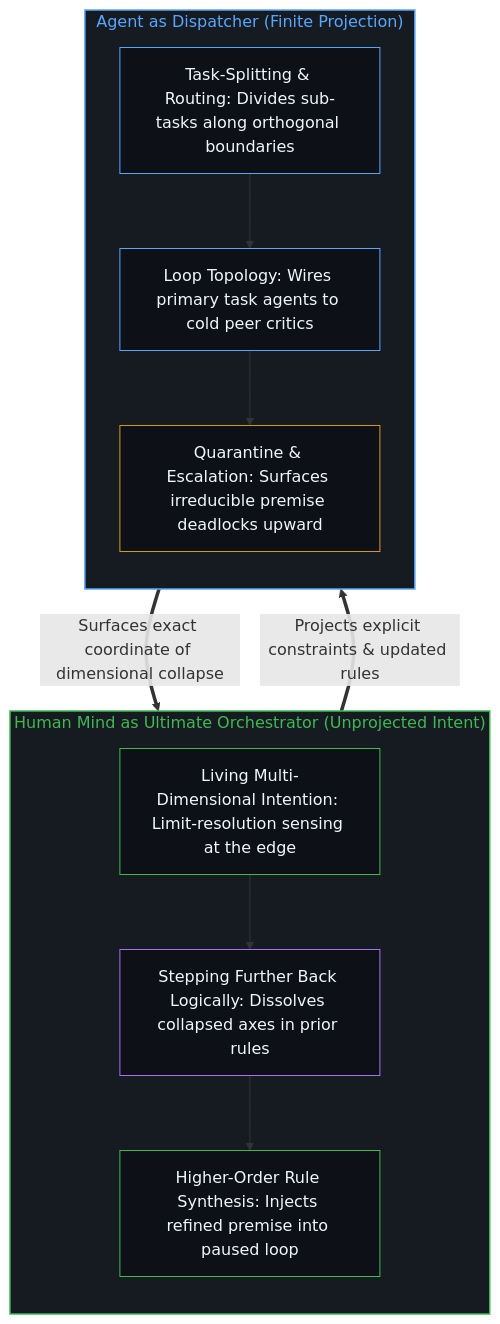
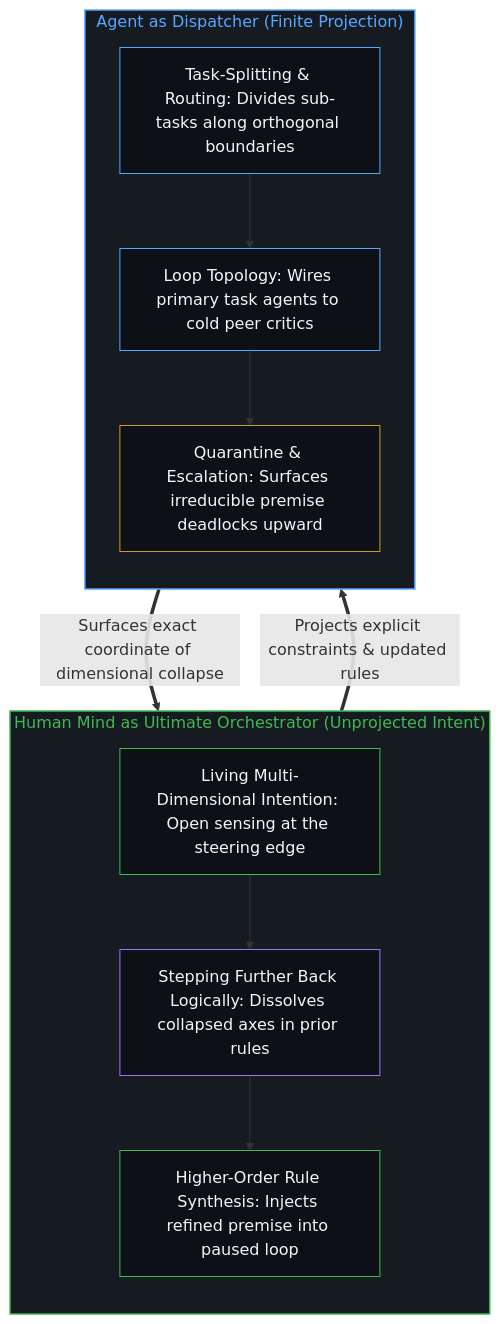
The sixth of 6 diagrams in content/posts/beyond-the-projection.md (powerpig99/not-a-toe), drawn with Mermaid before and after one commit. The commit also changed other lines of this file and 5 other files, not shown here.

````diff
--- a/content/posts/beyond-the-projection.md
+++ b/content/posts/beyond-the-projection.md
@@ -274,30 +257,27 @@
 ```mermaid
 flowchart TD
     subgraph S_Orch["Human Mind as Ultimate Orchestrator (Unprojected Intent)"]
         direction TB
-        Intent["Living Multi-Dimensional Intention: Limit-resolution sensing at the edge"]
+        Intent["Living Multi-Dimensional Intention: Open sensing at the steering edge"]
         StepBack["Stepping Further Back Logically: Dissolves collapsed axes in prior rules"]
         ReInject["Higher-Order Rule Synthesis: Injects refined premise into paused loop"]
         Intent --> StepBack --> ReInject
     end
-
     subgraph S_Disp["Agent as Dispatcher (Finite Projection)"]
         direction TB
         Route["Task-Splitting & Routing: Divides sub-tasks along orthogonal boundaries"]
         Wire["Loop Topology: Wires primary task agents to cold peer critics"]
         Escalate["Quarantine & Escalation: Surfaces irreducible premise deadlocks upward"]
         Route --> Wire --> Escalate
     end
-
     ReInject ==>|"Projects explicit constraints & updated rules"| Route
     Escalate ==>|"Surfaces exact coordinate of dimensional collapse"| StepBack
-
     style S_Orch fill:#161b22,stroke:#3fb950,stroke-width:1.5px,color:#3fb950
     style S_Disp fill:#161b22,stroke:#58a6ff,stroke-width:1.5px,color:#58a6ff
     style Intent fill:#0d1117,stroke:#3fb950,stroke-width:1px,color:#f0f6fc
     style StepBack fill:#0d1117,stroke:#a371f7,stroke-width:1px,color:#f0f6fc
     style ReInject fill:#0d1117,stroke:#3fb950,stroke-width:1px,color:#f0f6fc
     style Route fill:#0d1117,stroke:#58a6ff,stroke-width:1px,color:#f0f6fc
     style Wire fill:#0d1117,stroke:#58a6ff,stroke-width:1px,color:#f0f6fc
     style Escalate fill:#0d1117,stroke:#d29922,stroke-width:1px,color:#f0f6fc
 ```
````
